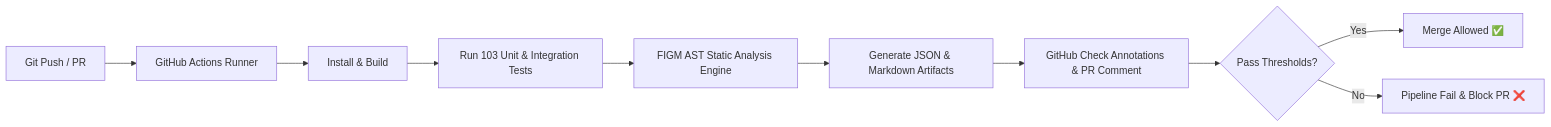
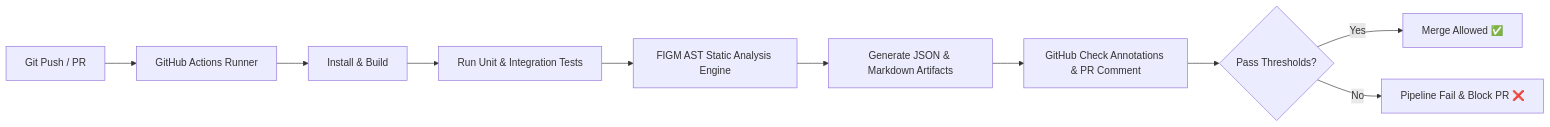
The diagram in GITHUB_ACTIONS_DEVSECOPS_GUIDE.md (ssanjula2/FIGM), drawn with Mermaid before and after one commit. The commit also changed other lines of this file and 14 other files, not shown here.

````diff
--- a/GITHUB_ACTIONS_DEVSECOPS_GUIDE.md
+++ b/GITHUB_ACTIONS_DEVSECOPS_GUIDE.md
@@ -11,12 +11,12 @@
 ```mermaid
 flowchart LR
     A[Git Push / PR] --> B[GitHub Actions Runner]
     B --> C[Install & Build]
-    C --> D[Run 103 Unit & Integration Tests]
+    C --> D[Run Unit & Integration Tests]
     D --> E[FIGM AST Static Analysis Engine]
     E --> F[Generate JSON & Markdown Artifacts]
     F --> G[GitHub Check Annotations & PR Comment]
     G --> H{Pass Thresholds?}
     H -- Yes --> I[Merge Allowed ✅]
     H -- No --> J[Pipeline Fail & Block PR ❌]
 ```
````
